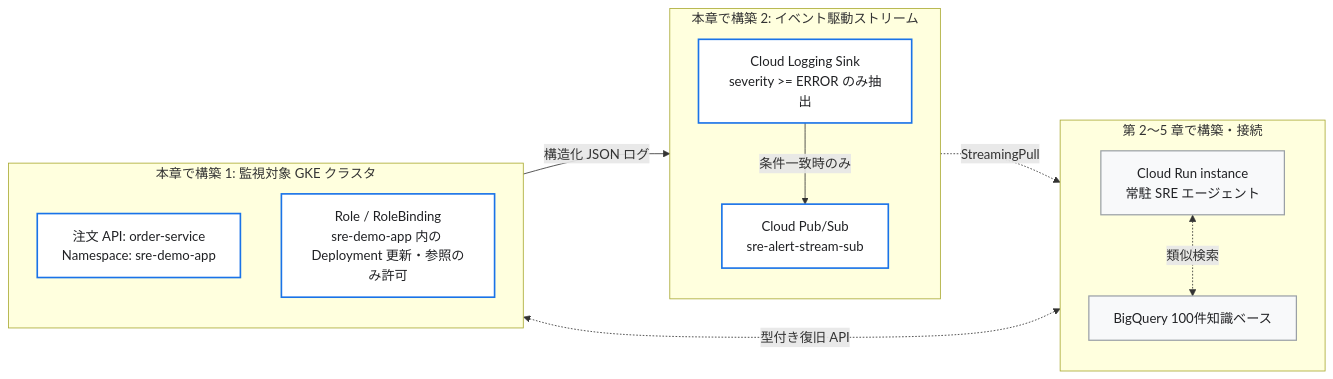
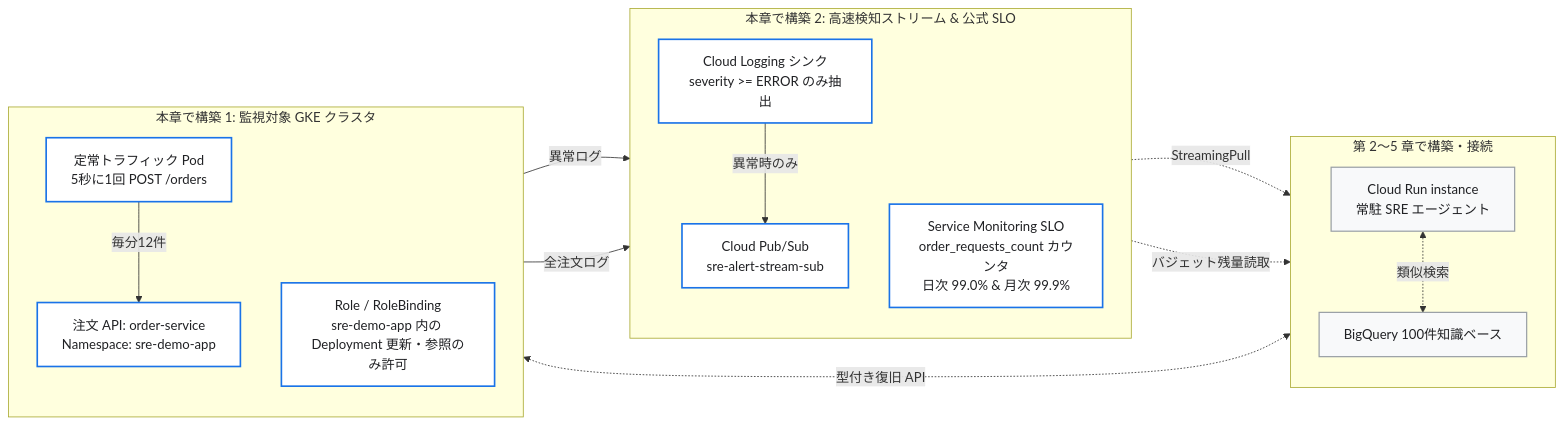
Before and after one commit to tyorikan/agentic-sre-handson: the first of 2 diagrams in docs/01-target-gke-and-alerting.md, drawn with Mermaid. The commit also changed other lines of this file and 27 other files, not shown here.

Commit message:
feat(slo): add Cloud Monitoring SLO & Error Budget savings tracking and polish workshop guides

````diff
--- a/docs/01-target-gke-and-alerting.md
+++ b/docs/01-target-gke-and-alerting.md
@@ -17,31 +17,36 @@
 ```mermaid
 flowchart LR
     subgraph Now1["本章で構築 1: 監視対象 GKE クラスタ"]
         direction TB
+        Traffic["定常トラフィック Pod<br/>5秒に1回 POST /orders"]
         App["注文 API: order-service<br/>Namespace: sre-demo-app"]
         RBAC["Role / RoleBinding<br/>sre-demo-app 内の Deployment 更新・参照のみ許可"]
+        Traffic -->|"毎分12件"| App
     end
 
-    subgraph Now2["本章で構築 2: イベント駆動ストリーム"]
+    subgraph Now2["本章で構築 2: 高速検知ストリーム & 公式 SLO"]
         direction TB
-        Sink["Cloud Logging Sink<br/>severity >= ERROR のみ抽出"]
+        Sink["Cloud Logging シンク<br/>severity >= ERROR のみ抽出"]
         Topic["Cloud Pub/Sub<br/>sre-alert-stream-sub"]
-        Sink -->|"条件一致時のみ"| Topic
+        SLO["Service Monitoring SLO<br/>order_requests_count カウンタ<br/>日次 99.0% & 月次 99.9%"]
+        Sink -->|"異常時のみ"| Topic
     end
 
     subgraph Later["第 2〜5 章で構築・接続"]
         direction TB
         Agent["Cloud Run instance<br/>常駐 SRE エージェント"]
         BQ["BigQuery 100件知識ベース"]
         Agent <-.->|"類似検索"| BQ
     end
 
-    App -->|"構造化 JSON ログ"| Sink
+    App -->|"異常ログ"| Sink
+    App -->|"全注文ログ"| SLO
     Topic -.->|"StreamingPull"| Agent
+    SLO -.->|"バジェット残量読取"| Agent
     RBAC <-.->|"型付き復旧 API"| Agent
 
     classDef active fill:#ffffff,stroke:#1a73e8,stroke-width:2px,color:#202124;
     classDef future fill:#f8f9fa,stroke:#9aa0a6,stroke-width:1.5px,color:#202124;
-    class App,RBAC,Sink,Topic active;
+    class Traffic,App,RBAC,Sink,Topic,SLO active;
     class Agent,BQ future;
 ```
````
